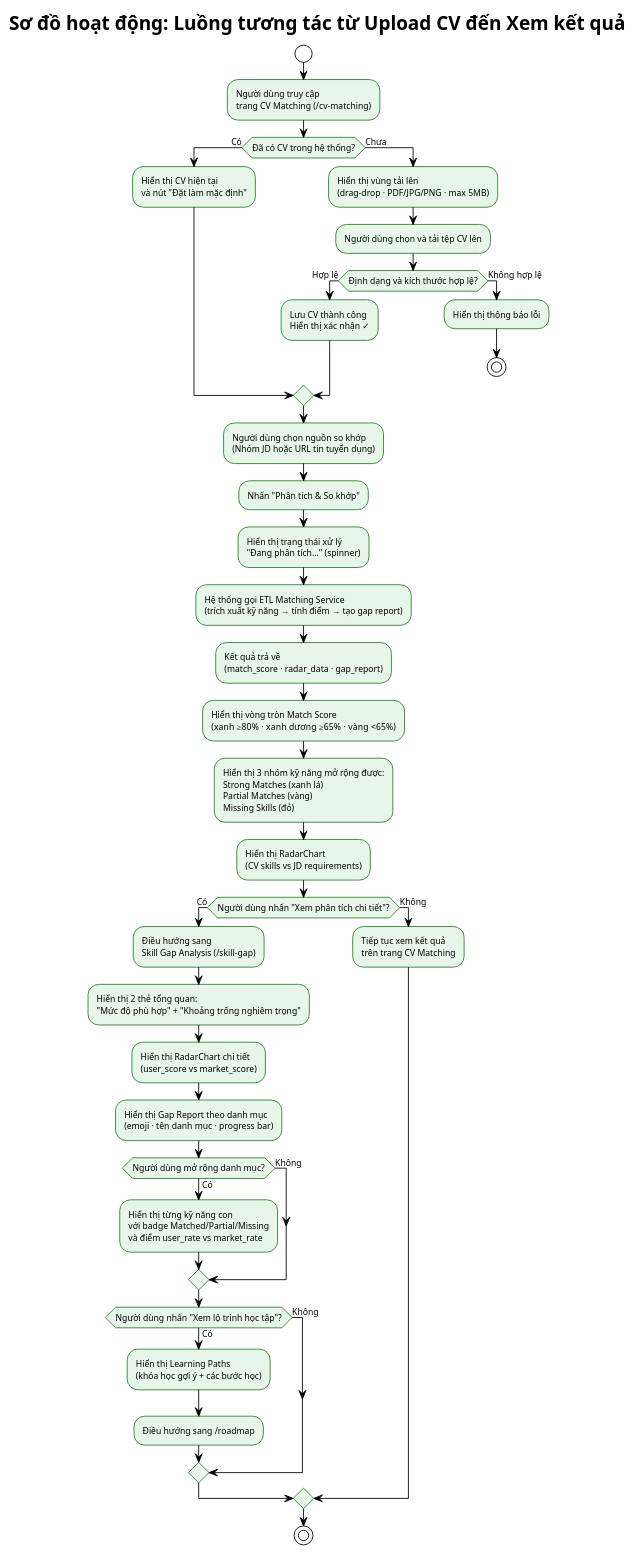
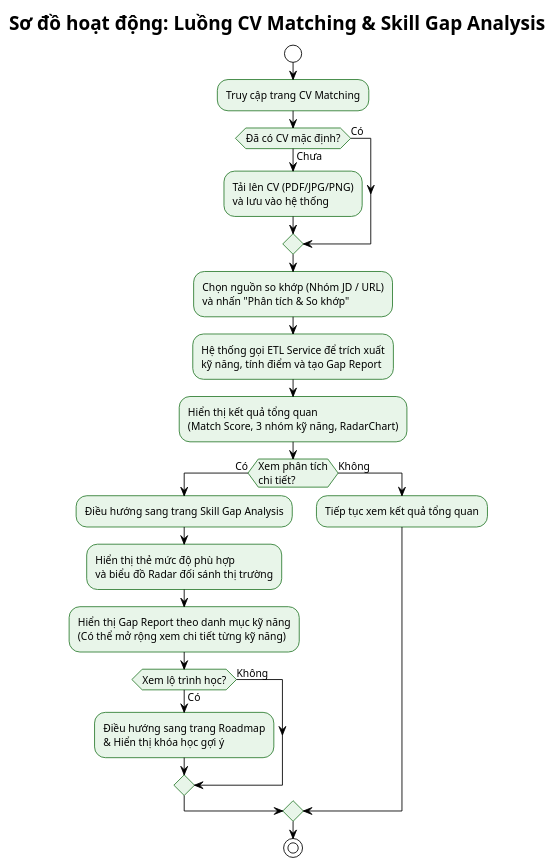
One commit to Myy1112/082026 changed the diagram in SourceCode/diagrams/ui_cv_flow.puml. Above: the diagram before and after it, drawn with PlantUML. The commit also changed 29 other files, not shown here.

```diff
--- a/SourceCode/diagrams/ui_cv_flow.puml
+++ b/SourceCode/diagrams/ui_cv_flow.puml
@@ -1,77 +1,49 @@
 @startuml ui_cv_flow
 !theme plain
-skinparam defaultFontSize 10
+skinparam defaultFontSize 12
 skinparam defaultFontName Arial
 skinparam backgroundColor #FFFFFF
 skinparam activity {
     BackgroundColor #E8F5E9
     BorderColor #2E7D32
-    FontSize 10
+    FontSize 12
 }
 skinparam diamond {
     BackgroundColor #FFF8E1
     BorderColor #E65100
 }
 
-title Sơ đồ hoạt động: Luồng tương tác từ Upload CV đến Xem kết quả
+title Sơ đồ hoạt động: Luồng CV Matching & Skill Gap Analysis
 
 start
 
-:Người dùng truy cập\ntrang CV Matching (/cv-matching);
+:Truy cập trang CV Matching;
 
-if (Đã có CV trong hệ thống?) then (Có)
-    :Hiển thị CV hiện tại\nvà nút "Đặt làm mặc định";
-else (Chưa)
-    :Hiển thị vùng tải lên\n(drag-drop · PDF/JPG/PNG · max 5MB);
-    :Người dùng chọn và tải tệp CV lên;
-    if (Định dạng và kích thước hợp lệ?) then (Hợp lệ)
-        :Lưu CV thành công\nHiển thị xác nhận ✓;
-    else (Không hợp lệ)
-        :Hiển thị thông báo lỗi;
-        stop
-    endif
+if (Đã có CV mặc định?) then (Chưa)
+    :Tải lên CV (PDF/JPG/PNG)\nvà lưu vào hệ thống;
+else (Có)
 endif
 
-:Người dùng chọn nguồn so khớp\n(Nhóm JD hoặc URL tin tuyển dụng);
+:Chọn nguồn so khớp (Nhóm JD / URL)\nvà nhấn "Phân tích & So khớp";
 
-:Nhấn "Phân tích & So khớp";
+:Hệ thống gọi ETL Service để trích xuất\nkỹ năng, tính điểm và tạo Gap Report;
 
-:Hiển thị trạng thái xử lý\n"Đang phân tích..." (spinner);
+:Hiển thị kết quả tổng quan\n(Match Score, 3 nhóm kỹ năng, RadarChart);
 
-:Hệ thống gọi ETL Matching Service\n(trích xuất kỹ năng → tính điểm → tạo gap report);
-
-:Kết quả trả về\n(match_score · radar_data · gap_report);
-
-:Hiển thị vòng tròn Match Score\n(xanh ≥80% · xanh dương ≥65% · vàng <65%);
-
-:Hiển thị 3 nhóm kỹ năng mở rộng được:\nStrong Matches (xanh lá)\nPartial Matches (vàng)\nMissing Skills (đỏ);
-
-:Hiển thị RadarChart\n(CV skills vs JD requirements);
-
-if (Người dùng nhấn "Xem phân tích chi tiết"?) then (Có)
-    :Điều hướng sang\nSkill Gap Analysis (/skill-gap);
-
-    :Hiển thị 2 thẻ tổng quan:\n"Mức độ phù hợp" + "Khoảng trống nghiêm trọng";
-
-    :Hiển thị RadarChart chi tiết\n(user_score vs market_score);
-
-    :Hiển thị Gap Report theo danh mục\n(emoji · tên danh mục · progress bar);
-
-    if (Người dùng mở rộng danh mục?) then (Có)
-        :Hiển thị từng kỹ năng con\nvới badge Matched/Partial/Missing\nvà điểm user_rate vs market_rate;
+if (Xem phân tích\nchi tiết?) then (Có)
+    :Điều hướng sang trang Skill Gap Analysis;
+    
+    :Hiển thị thẻ mức độ phù hợp\nvà biểu đồ Radar đối sánh thị trường;
+    
+    :Hiển thị Gap Report theo danh mục kỹ năng\n(Có thể mở rộng xem chi tiết từng kỹ năng);
+    
+    if (Xem lộ trình học?) then (Có)
+        :Điều hướng sang trang Roadmap\n& Hiển thị khóa học gợi ý;
     else (Không)
     endif
-
-    if (Người dùng nhấn "Xem lộ trình học tập"?) then (Có)
-        :Hiển thị Learning Paths\n(khóa học gợi ý + các bước học);
-        :Điều hướng sang /roadmap;
-    else (Không)
-    endif
-
 else (Không)
-    :Tiếp tục xem kết quả\ntrên trang CV Matching;
+    :Tiếp tục xem kết quả tổng quan;
 endif
 
 stop
-
 @enduml
```
